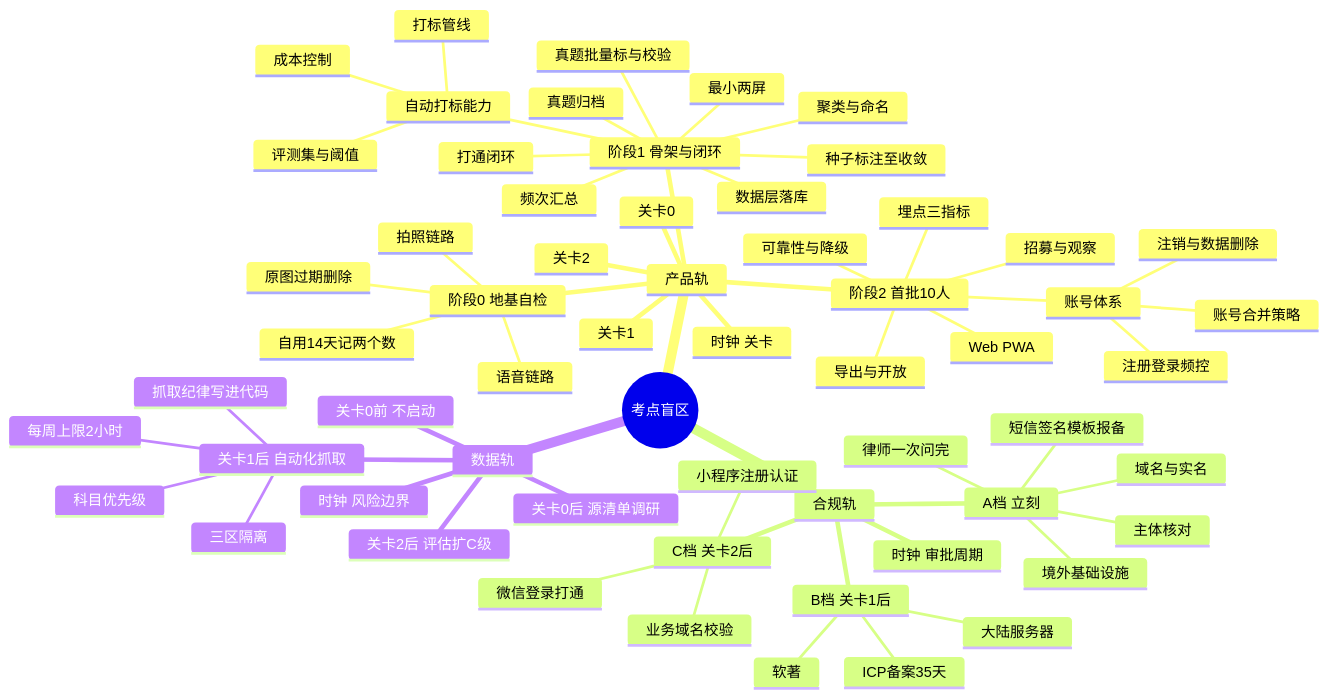
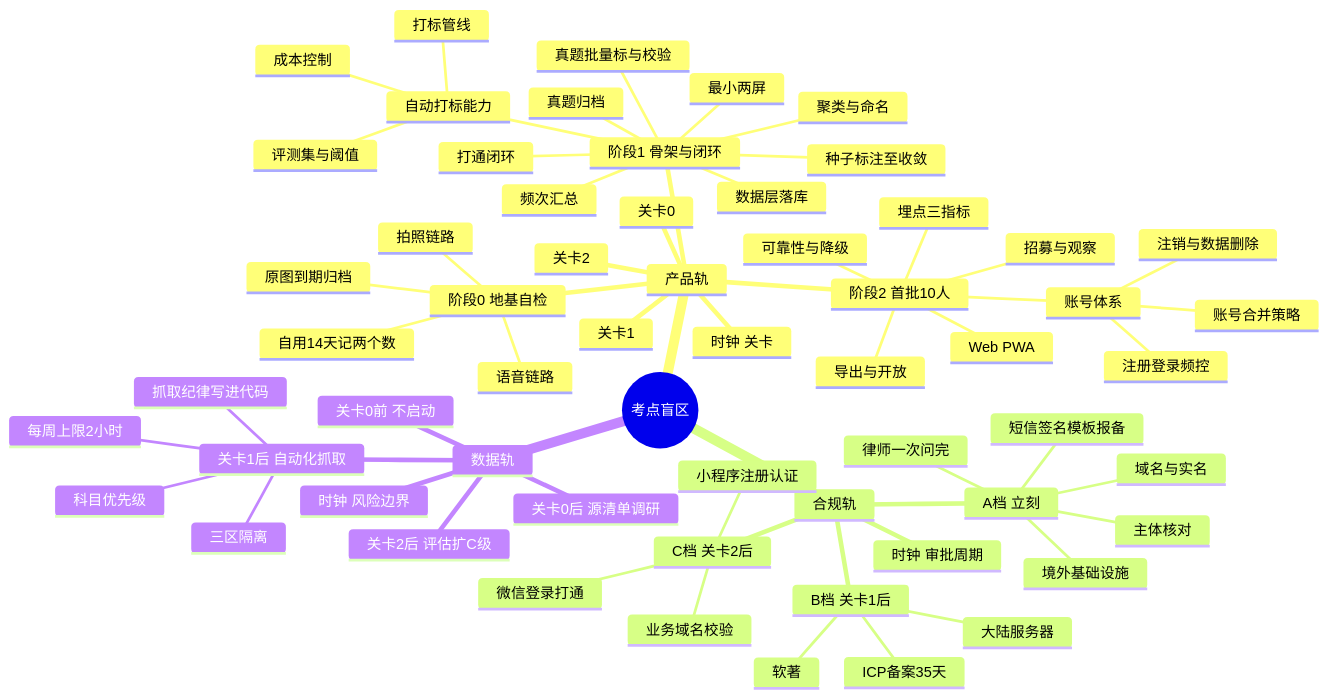
One commit to chenyuanjin/kubic changed the diagram in docs/08-总路线图.md. Above: the diagram before and after it, drawn with Mermaid. The commit also changed other lines of this file and 3 other files, not shown here.

````diff
--- a/docs/08-总路线图.md
+++ b/docs/08-总路线图.md
@@ -15,63 +15,63 @@
 ```mermaid
 mindmap
   root((考点盲区))
     产品轨
       时钟 关卡
       阶段0 地基自检
         语音链路
         拍照链路
-        原图过期删除
+        原图到期归档
         自用14天记两个数
       关卡0
       阶段1 骨架与闭环
         真题归档
         种子标注至收敛
         聚类与命名
         数据层落库
         自动打标能力
           打标管线
           评测集与阈值
           成本控制
         真题批量标与校验
         频次汇总
         打通闭环
         最小两屏
       关卡1
       阶段2 首批10人
         账号体系
           注册登录频控
           账号合并策略
           注销与数据删除
         Web PWA
         导出与开放
         可靠性与降级
         埋点三指标
         招募与观察
       关卡2
     合规轨
       时钟 审批周期
       A档 立刻
         域名与实名
         主体核对
         律师一次问完
         短信签名模板报备
         境外基础设施
       B档 关卡1后
         大陆服务器
         ICP备案35天
         软著
       C档 关卡2后
         小程序注册认证
         业务域名校验
         微信登录打通
     数据轨
       时钟 风险边界
       关卡0前 不启动
       关卡0后 源清单调研
       关卡1后 自动化抓取
         抓取纪律写进代码
         三区隔离
         科目优先级
         每周上限2小时
       关卡2后 评估扩C级
 ```
````
